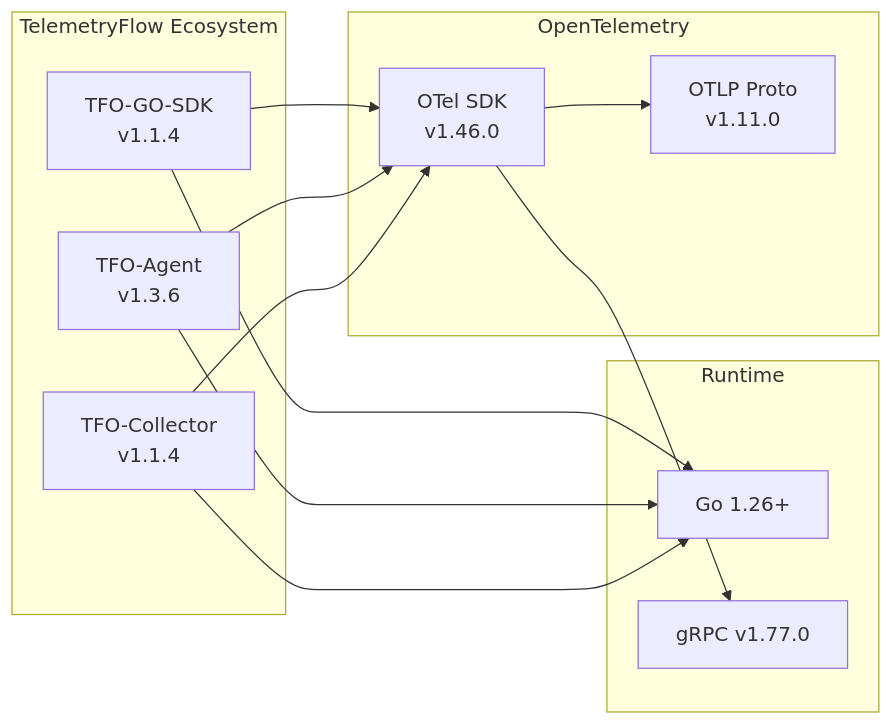
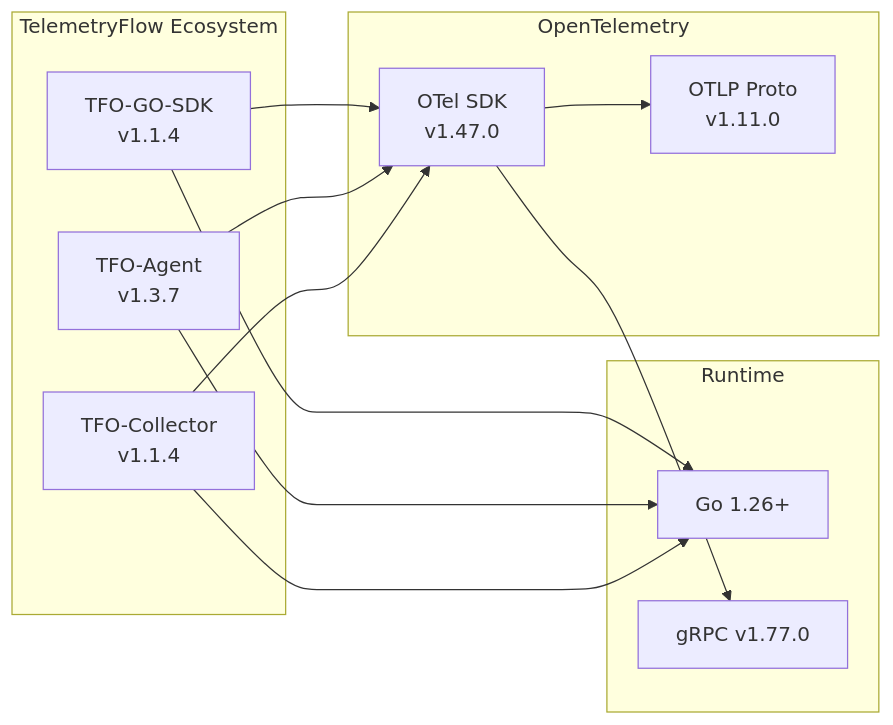
One commit to telemetryflow/telemetryflow-agent changed diagram 13 of 15 in docs/ARCHITECTURE.md. Above: the diagram before and after it, drawn with Mermaid. The commit also changed other lines of this file and 38 other files, not shown here.

````diff
--- a/docs/ARCHITECTURE.md
+++ b/docs/ARCHITECTURE.md
@@ -530,29 +530,29 @@
 ```mermaid
 graph LR
     subgraph "TelemetryFlow Ecosystem"
         SDK[TFO-GO-SDK<br/>v1.1.4]
-        AGENT[TFO-Agent<br/>v1.3.6]
+        AGENT[TFO-Agent<br/>v1.3.7]
         COLL[TFO-Collector<br/>v1.1.4]
     end
 
     subgraph "OpenTelemetry"
-        OTEL[OTel SDK<br/>v1.46.0]
+        OTEL[OTel SDK<br/>v1.47.0]
         PROTO[OTLP Proto<br/>v1.11.0]
     end
 
     subgraph "Runtime"
         GO[Go 1.26+]
         GRPC[gRPC v1.77.0]
     end
 
     SDK --> OTEL
     AGENT --> OTEL
     COLL --> OTEL
 
     OTEL --> PROTO
     OTEL --> GRPC
 
     SDK --> GO
     AGENT --> GO
     COLL --> GO
 ```
````
